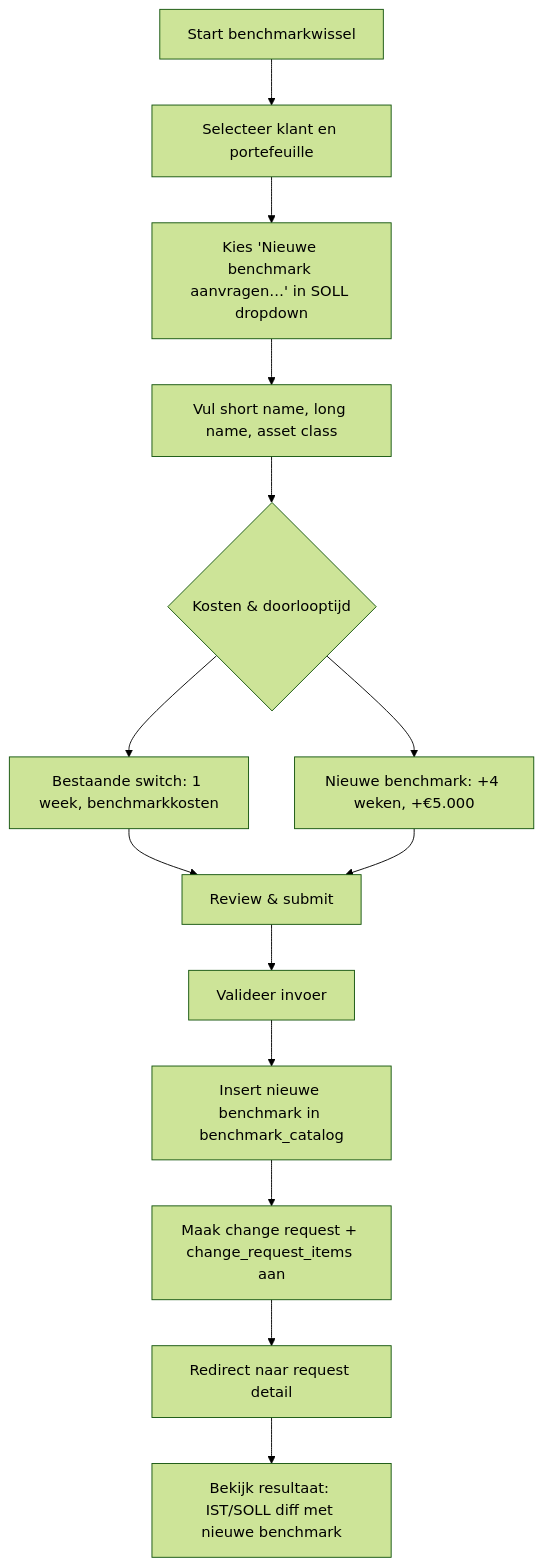
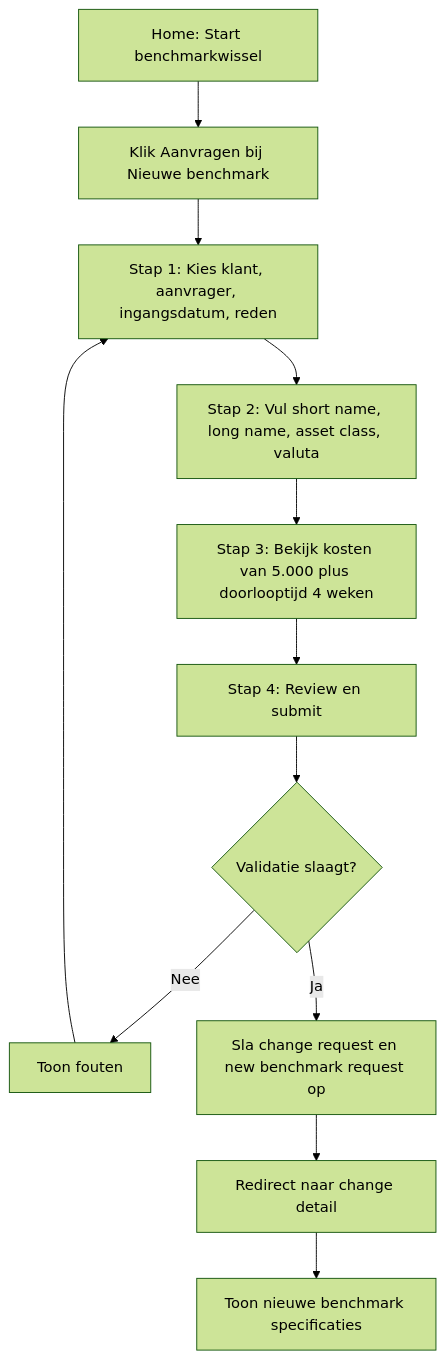
The third of 11 diagrams in README.md (rbnbrls/bcm), drawn with Mermaid (forest theme) before and after one commit. The commit also changed other lines of this file, not shown here.

First line of the commit message:
fix: repair README.md Mermaid rendering and remove technical workflows

````diff
--- a/README.md
+++ b/README.md
@@ -101,16 +140,14 @@
 ```mermaid
 flowchart TD
-    A[Start benchmarkwissel] --> B[Selecteer klant en portefeuille]
-    B --> C[Kies 'Nieuwe benchmark aanvragen…' in SOLL dropdown]
-    C --> D[Vul short name, long name, asset class]
-    D --> E{Kosten & doorlooptijd}
-    E --> F[Bestaande switch: 1 week, benchmarkkosten]
-    E --> G[Nieuwe benchmark: +4 weken, +€5.000]
-    F --> H[Review & submit]
-    G --> H
-    H --> I[Valideer invoer]
-    I --> J[Insert nieuwe benchmark in benchmark_catalog]
-    J --> K[Maak change request + change_request_items aan]
-    K --> L[Redirect naar request detail]
-    L --> M[Bekijk resultaat: IST/SOLL diff met nieuwe benchmark]
+    A[Home: Start benchmarkwissel] --> B[Klik Aanvragen bij Nieuwe benchmark]
+    B --> C[Stap 1: Kies klant, aanvrager, ingangsdatum, reden]
+    C --> D[Stap 2: Vul short name, long name, asset class, valuta]
+    D --> E[Stap 3: Bekijk kosten van 5.000 plus doorlooptijd 4 weken]
+    E --> F[Stap 4: Review en submit]
+    F --> G{Validatie slaagt?}
+    G -->|Nee| H[Toon fouten]
+    H --> C
+    G -->|Ja| I[Sla change request en new benchmark request op]
+    I --> J[Redirect naar change detail]
+    J --> K[Toon nieuwe benchmark specificaties]
 ```
````
